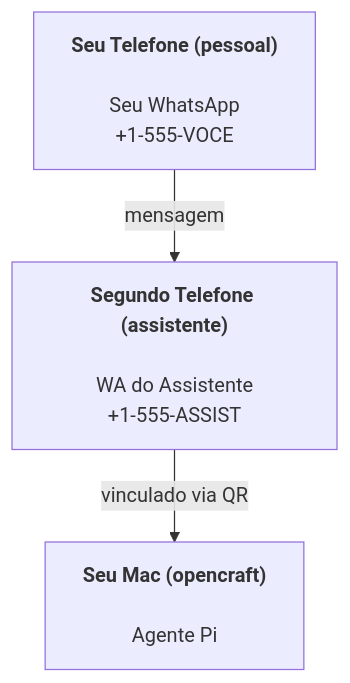
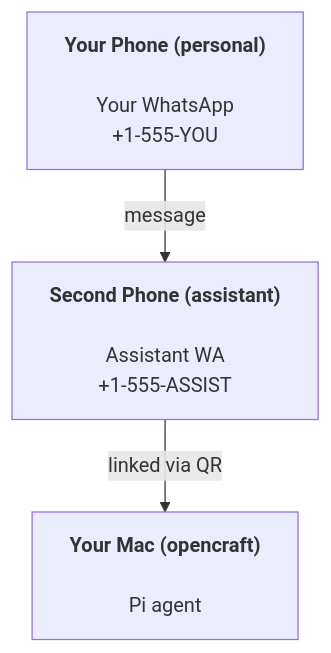
The diagram in docs/start/opencraft.md (editzffaleta/OpenCraft), drawn with Mermaid before and after one commit. The commit also changed other lines of this file and 2605 other files, not shown here.

````diff
--- a/docs/start/opencraft.md
+++ b/docs/start/opencraft.md
@@ -36,5 +36,5 @@
 ```mermaid
 flowchart TB
-    A["<b>Seu Telefone (pessoal)<br></b><br>Seu WhatsApp<br>+1-555-VOCE"] -- mensagem --> B["<b>Segundo Telefone (assistente)<br></b><br>WA do Assistente<br>+1-555-ASSIST"]
-    B -- vinculado via QR --> C["<b>Seu Mac (opencraft)<br></b><br>Agente Pi"]
+    A["<b>Your Phone (personal)<br></b><br>Your WhatsApp<br>+1-555-YOU"] -- message --> B["<b>Second Phone (assistant)<br></b><br>Assistant WA<br>+1-555-ASSIST"]
+    B -- linked via QR --> C["<b>Your Mac (opencraft)<br></b><br>Pi agent"]
 ```
````
